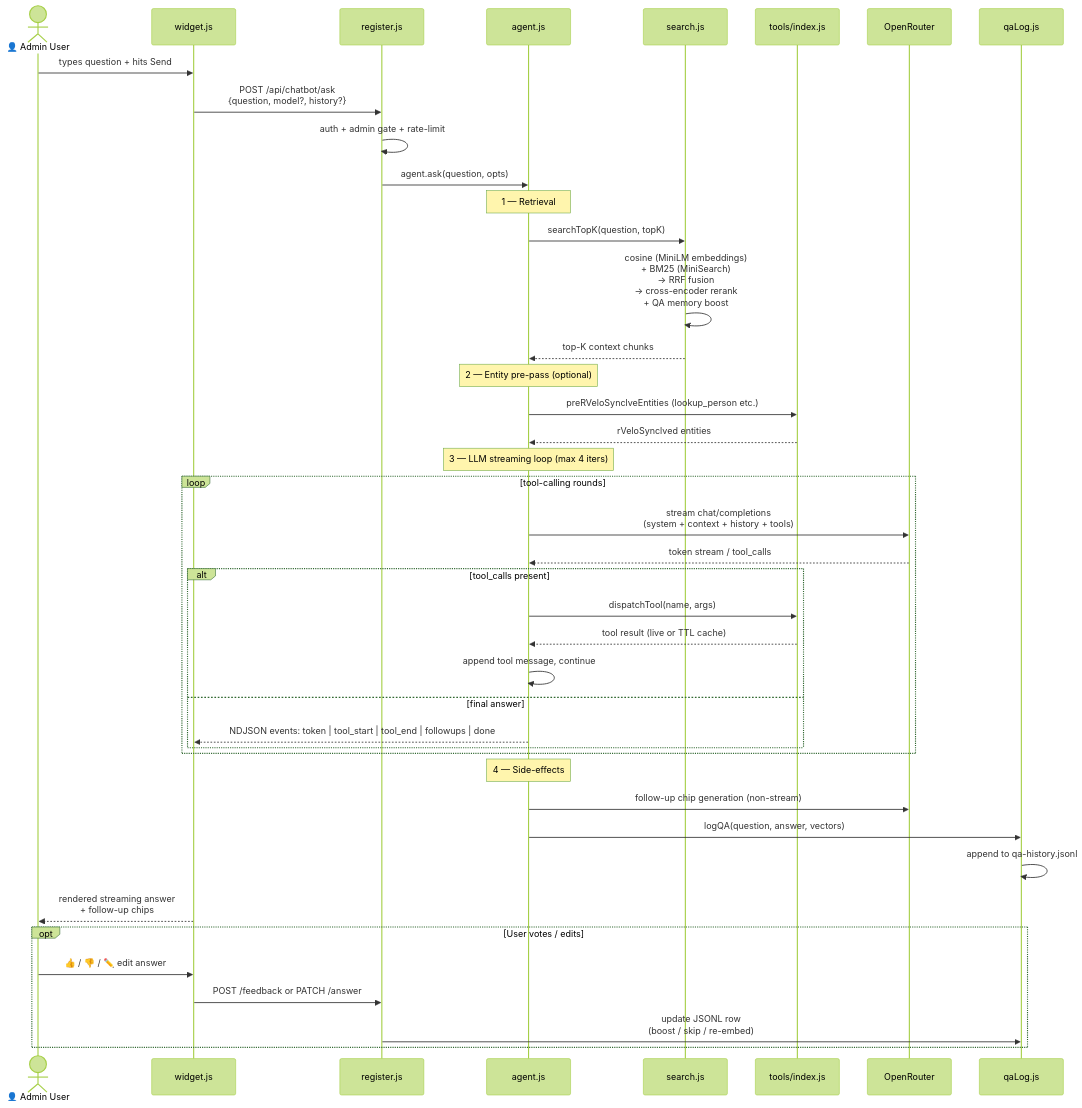
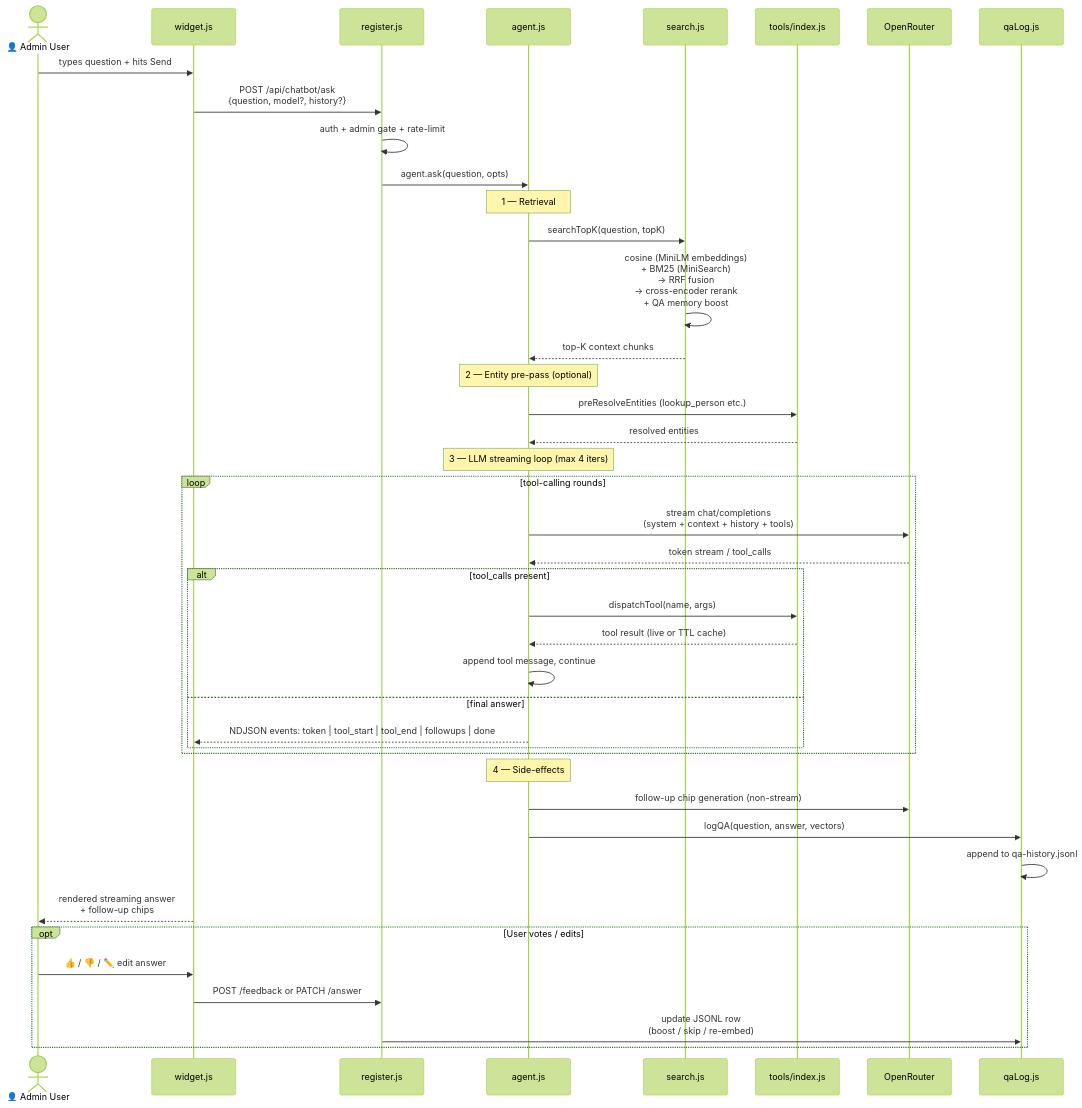
One commit to AvnishMalikDev/velosync changed the second of 3 diagrams in chatbot/README.md. Above: the diagram before and after it, drawn with Mermaid (forest theme). The commit also changed other lines of this file and 23 other files, not shown here.

````diff
--- a/chatbot/README.md
+++ b/chatbot/README.md
@@ -134,51 +134,51 @@
 ```mermaid
 sequenceDiagram
     actor User as 👤 Admin User
     participant W as widget.js
     participant R as register.js
     participant A as agent.js
     participant S as search.js
     participant T as tools/index.js
     participant OR as OpenRouter
     participant QL as qaLog.js
 
     User->>W: types question + hits Send
     W->>R: POST /api/chatbot/ask<br/>{question, model?, history?}
     R->>R: auth + admin gate + rate-limit
     R->>A: agent.ask(question, opts)
 
     Note over A: 1 — Retrieval
     A->>S: searchTopK(question, topK)
     S->>S: cosine (MiniLM embeddings)<br/>+ BM25 (MiniSearch)<br/>→ RRF fusion<br/>→ cross-encoder rerank<br/>+ QA memory boost
     S-->>A: top-K context chunks
 
     Note over A: 2 — Entity pre-pass (optional)
-    A->>T: preRVeloSynclveEntities (lookup_person etc.)
-    T-->>A: rVeloSynclved entities
+    A->>T: preResolveEntities (lookup_person etc.)
+    T-->>A: resolved entities
 
     Note over A: 3 — LLM streaming loop (max 4 iters)
     loop tool-calling rounds
         A->>OR: stream chat/completions<br/>(system + context + history + tools)
         OR-->>A: token stream / tool_calls
         alt tool_calls present
             A->>T: dispatchTool(name, args)
             T-->>A: tool result (live or TTL cache)
             A->>A: append tool message, continue
         else final answer
             A-->>W: NDJSON events: token | tool_start | tool_end | followups | done
         end
     end
 
     Note over A: 4 — Side-effects
     A->>OR: follow-up chip generation (non-stream)
     A->>QL: logQA(question, answer, vectors)
     QL->>QL: append to qa-history.jsonl
 
     W-->>User: rendered streaming answer<br/>+ follow-up chips
 
     opt User votes / edits
         User->>W: 👍 / 👎 / ✏️ edit answer
         W->>R: POST /feedback  or  PATCH /answer
         R->>QL: update JSONL row<br/>(boost / skip / re-embed)
     end
 ```
````
